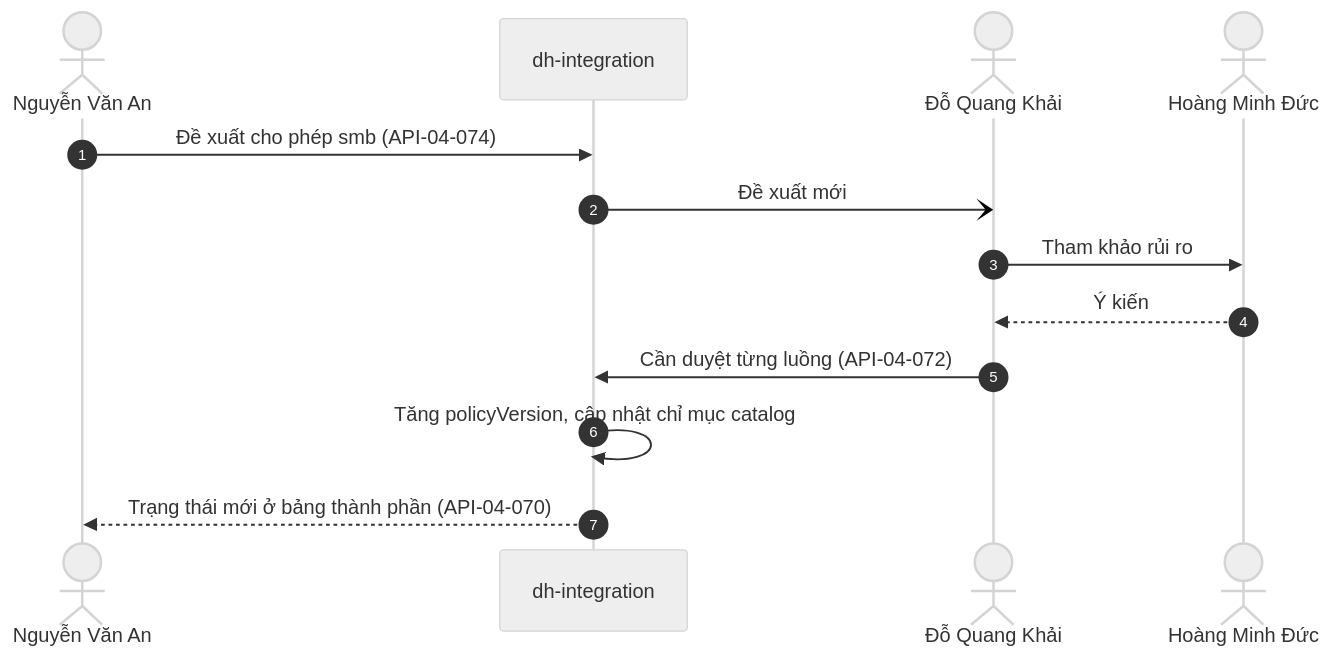
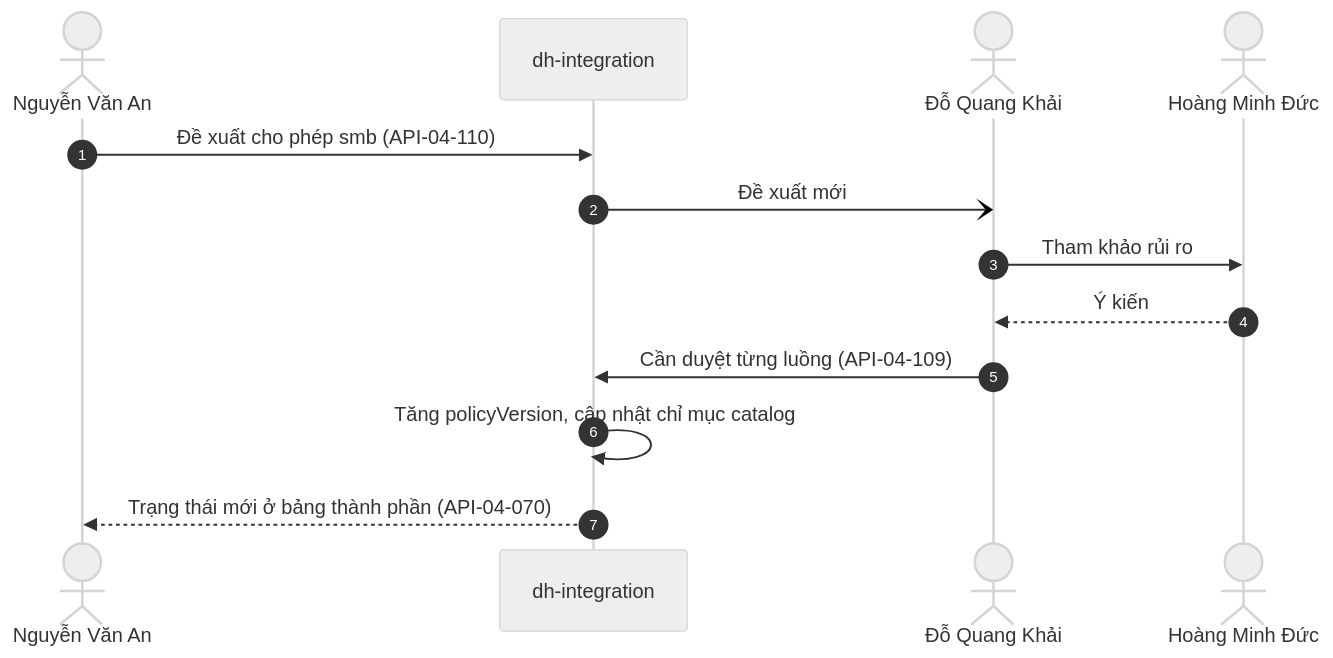
One commit to caprocute/DATAHUB changed diagram 24 of 25 in datahub-docs/02-yeu-cau/use-case/D02-04-PH04-use-case-tich-hop.md. Above: the diagram before and after it, drawn with Mermaid (neutral theme). The commit also changed other lines of this file and 105 other files, not shown here.

````diff
--- a/datahub-docs/02-yeu-cau/use-case/D02-04-PH04-use-case-tich-hop.md
+++ b/datahub-docs/02-yeu-cau/use-case/D02-04-PH04-use-case-tich-hop.md
@@ -1883,15 +1883,15 @@
 ```{.mermaid caption="Trình tự đề xuất và quyết định cho phép thành phần"}
 sequenceDiagram
     autonumber
     actor IE as Nguyễn Văn An
     participant INT as dh-integration
     actor PA as Đỗ Quang Khải
     actor SO as Hoàng Minh Đức
-    IE->>INT: Đề xuất cho phép smb (API-04-074)
+    IE->>INT: Đề xuất cho phép smb (API-04-110)
     INT-)PA: Đề xuất mới
     PA->>SO: Tham khảo rủi ro
     SO-->>PA: Ý kiến
-    PA->>INT: Cần duyệt từng luồng (API-04-072)
+    PA->>INT: Cần duyệt từng luồng (API-04-109)
     INT->>INT: Tăng policyVersion, cập nhật chỉ mục catalog
     INT-->>IE: Trạng thái mới ở bảng thành phần (API-04-070)
 ```
````
